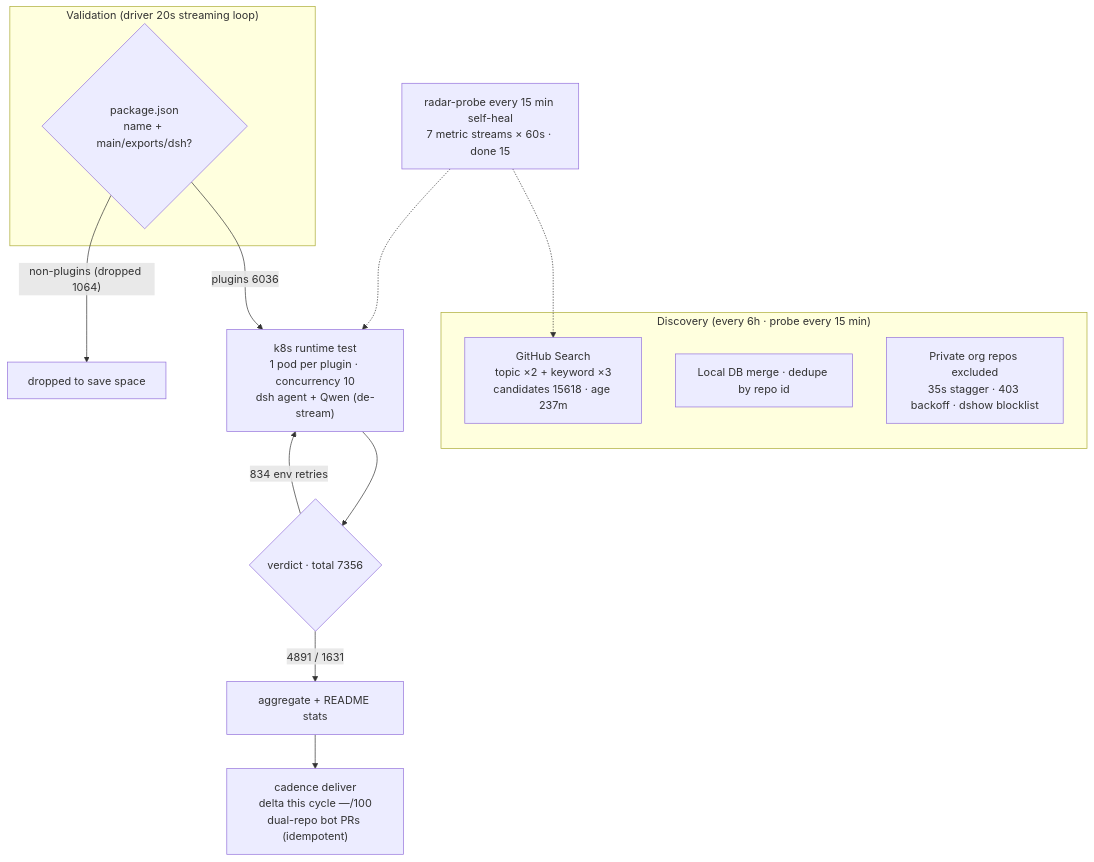
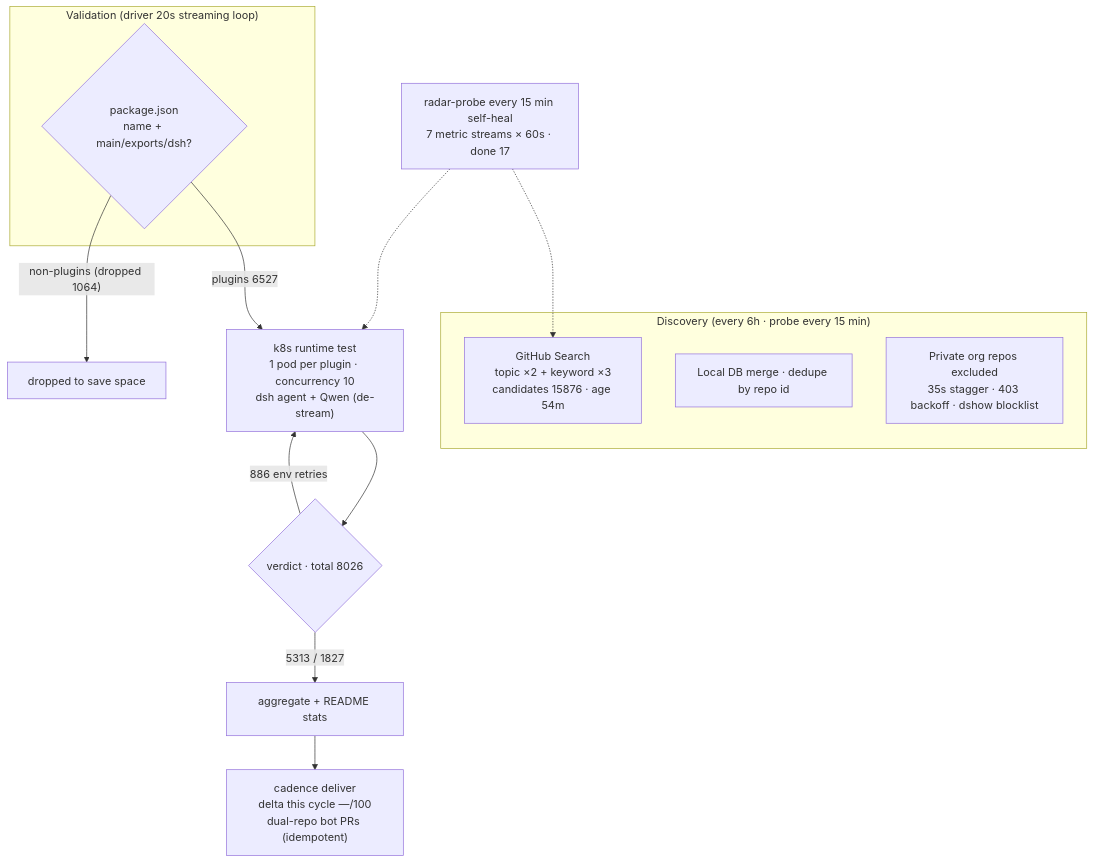
Before and after one commit to AdamPlatin123/awesome-dsh-plugins: the diagram in README.en-US.md, drawn with Mermaid. The commit also changed other lines of this file and 4 other files, not shown here.

````diff
--- a/README.en-US.md
+++ b/README.en-US.md
@@ -30,20 +30,20 @@
 ```mermaid
 flowchart TB
     subgraph Discovery["Discovery (every 6h · probe every 15 min)"]
-        A1["GitHub Search<br/>topic ×2 + keyword ×3<br/>candidates 15618 · age 237m"]
+        A1["GitHub Search<br/>topic ×2 + keyword ×3<br/>candidates 15876 · age 54m"]
         A2["Local DB merge · dedupe by repo id"]
         A3["Private org repos excluded<br/>35s stagger · 403 backoff · dshow blocklist"]
     end
     subgraph Validation["Validation (driver 20s streaming loop)"]
         B1{"package.json<br/>name + main/exports/dsh?"}
     end
-    B1 -->|"plugins 6036"| C1["k8s runtime test<br/>1 pod per plugin · concurrency 10<br/>dsh agent + Qwen (de-stream)"]
+    B1 -->|"plugins 6527"| C1["k8s runtime test<br/>1 pod per plugin · concurrency 10<br/>dsh agent + Qwen (de-stream)"]
     B1 -->|"non-plugins (dropped 1064)"| B3["dropped to save space"]
-    C1 --> D1{"verdict · total 7356"}
-    D1 -->|"4891 / 1631"| E1["aggregate + README stats"]
-    D1 -->|"834 env retries"| C1
+    C1 --> D1{"verdict · total 8026"}
+    D1 -->|"5313 / 1827"| E1["aggregate + README stats"]
+    D1 -->|"886 env retries"| C1
     E1 --> E2["cadence deliver<br/>delta this cycle —/100<br/>dual-repo bot PRs (idempotent)"]
-    M["radar-probe every 15 min self-heal<br/>7 metric streams × 60s · done 15"]
+    M["radar-probe every 15 min self-heal<br/>7 metric streams × 60s · done 17"]
     M -.-> A1
     M -.-> C1
 ```
````
